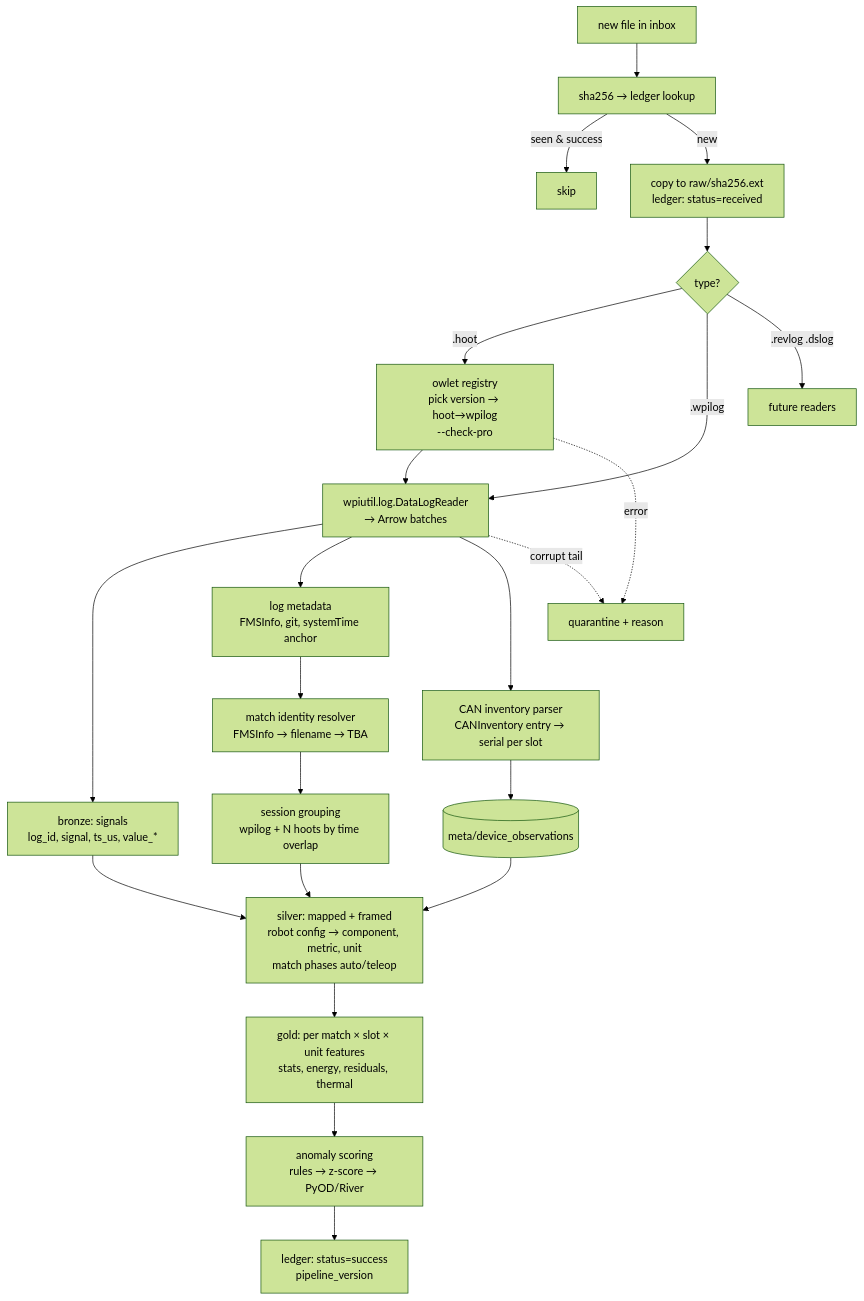
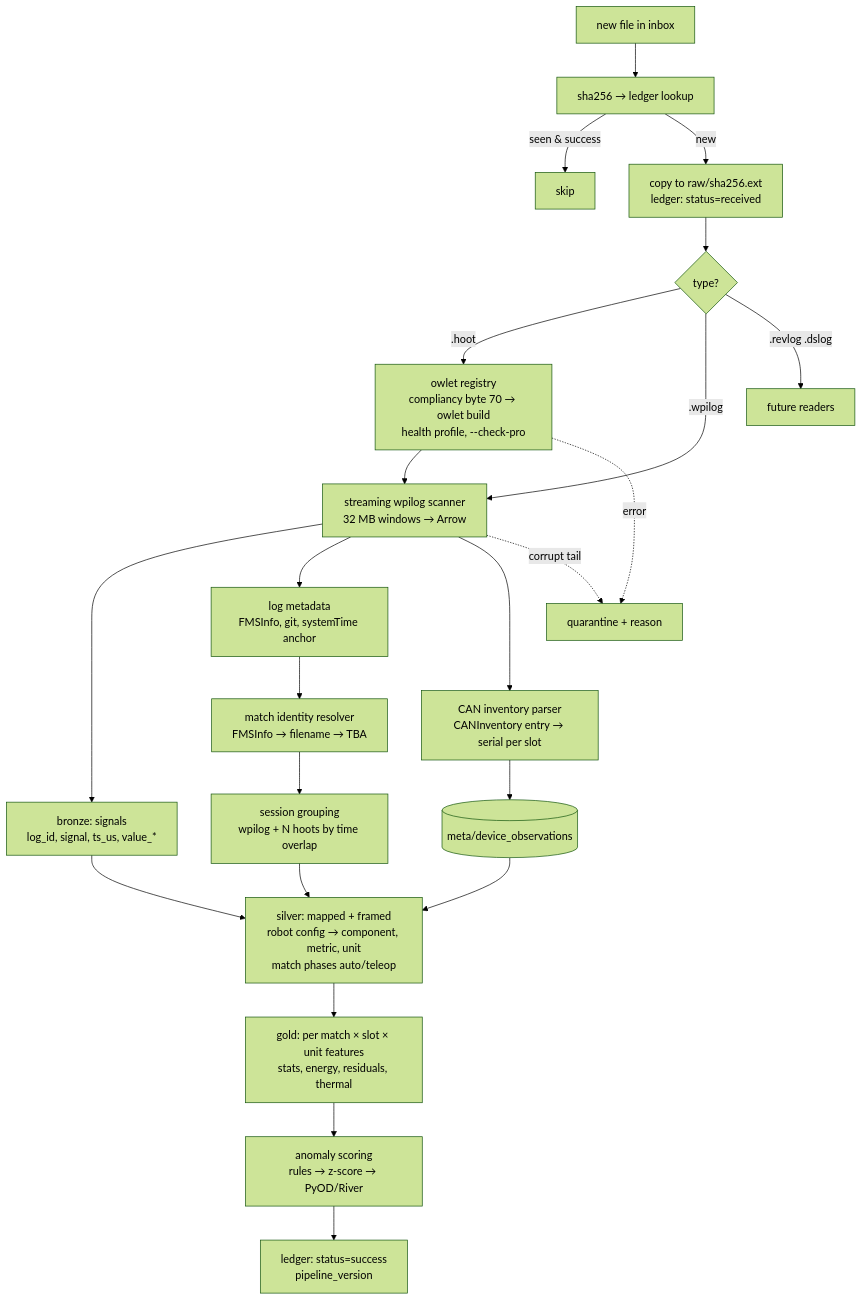
One commit to IgniteRobotics/flashpoint changed the second of 3 diagrams in docs/rewrite/05-target-architecture.md. Above: the diagram before and after it, drawn with Mermaid (forest theme). The commit also changed other lines of this file and 8 other files, not shown here.

First line of the commit message:
docs(p1): ADR updates, architecture/roadmap status, README, perf CI job

````diff
--- a/docs/rewrite/05-target-architecture.md
+++ b/docs/rewrite/05-target-architecture.md
@@ -51,25 +51,25 @@
 ```mermaid
 flowchart TD
     F[new file in inbox] --> H[sha256 → ledger lookup]
     H -->|seen & success| SKIP[skip]
     H -->|new| RAW[copy to raw/sha256.ext<br>ledger: status=received]
     RAW --> T{type?}
-    T -->|.hoot| OV[owlet registry<br>pick version → hoot→wpilog<br>--check-pro]
+    T -->|.hoot| OV[owlet registry<br>compliancy byte 70 → owlet build<br>health profile, --check-pro]
     T -->|.wpilog| RD
     T -->|.revlog .dslog| LATER[future readers]
-    OV --> RD[wpiutil.log.DataLogReader<br>→ Arrow batches]
+    OV --> RD[streaming wpilog scanner<br>32 MB windows → Arrow]
     RD --> B[bronze: signals<br>log_id, signal, ts_us, value_*]
     RD --> META[log metadata<br>FMSInfo, git, systemTime anchor]
     RD --> INV[CAN inventory parser<br>CANInventory entry → serial per slot]
     INV --> UNITS[(meta/device_observations)]
     META --> ID[match identity resolver<br>FMSInfo → filename → TBA]
     ID --> GRP[session grouping<br>wpilog + N hoots by time overlap]
     B --> SIL[silver: mapped + framed<br>robot config → component, metric, unit<br>match phases auto/teleop]
     GRP --> SIL
     UNITS --> SIL
     SIL --> GOLD[gold: per match × slot × unit features<br>stats, energy, residuals, thermal]
     GOLD --> AN[anomaly scoring<br>rules → z-score → PyOD/River]
     AN --> LED[ledger: status=success<br>pipeline_version]
     OV -. error .-> Q[quarantine + reason]
     RD -. corrupt tail .-> Q
 ```
````
